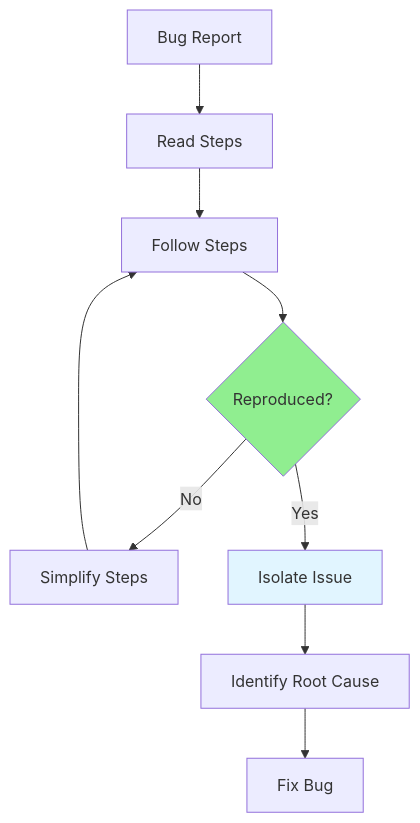
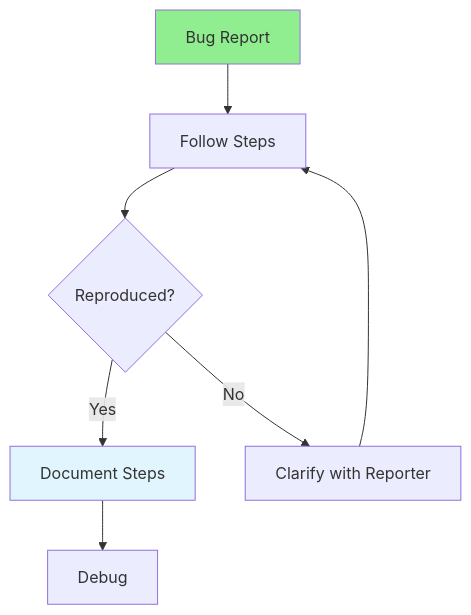
One commit to iouthnamain/tech-note changed the diagram in Full-Stack-Guides/Group-07-Unit-Test-Debug/07.11_Bug_Reproduction.md. Above: the diagram before and after it, drawn with Mermaid. The commit also changed other lines of this file and 480 other files, not shown here.

````diff
--- a/Full-Stack-Guides/Group-07-Unit-Test-Debug/07.11_Bug_Reproduction.md
+++ b/Full-Stack-Guides/Group-07-Unit-Test-Debug/07.11_Bug_Reproduction.md
@@ -22,14 +22,12 @@
 ```mermaid
 flowchart TD
-    Report[Bug Report] --> Read[Read Steps]
-    Read --> Follow[Follow Steps]
-    Follow --> Reproduce{Reproduced?}
-    Reproduce -->|No| Simplify[Simplify Steps]
-    Reproduce -->|Yes| Isolate[Isolate Issue]
-    Simplify --> Follow
-    Isolate --> Identify[Identify Root Cause]
-    Identify --> Fix[Fix Bug]
+    Report[Bug Report] --> Steps[Follow Steps]
+    Steps --> Reproduce{Reproduced?}
+    Reproduce -->|Yes| Document[Document Steps]
+    Reproduce -->|No| Clarify[Clarify with Reporter]
+    Clarify --> Steps
+    Document --> Debug[Debug]
     
-    style Reproduce fill:#90EE90
-    style Isolate fill:#e1f5ff
+    style Report fill:#90EE90
+    style Document fill:#e1f5ff
 ```
````
